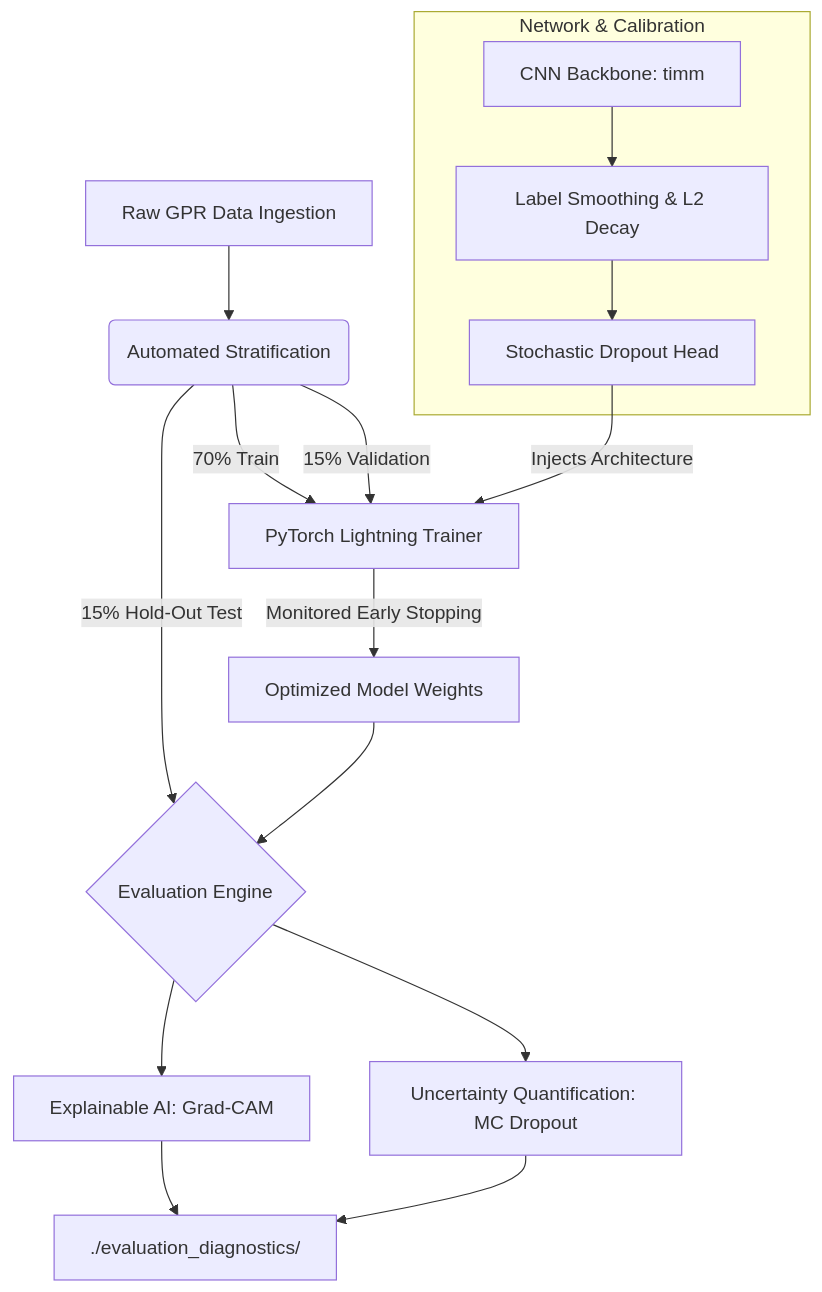
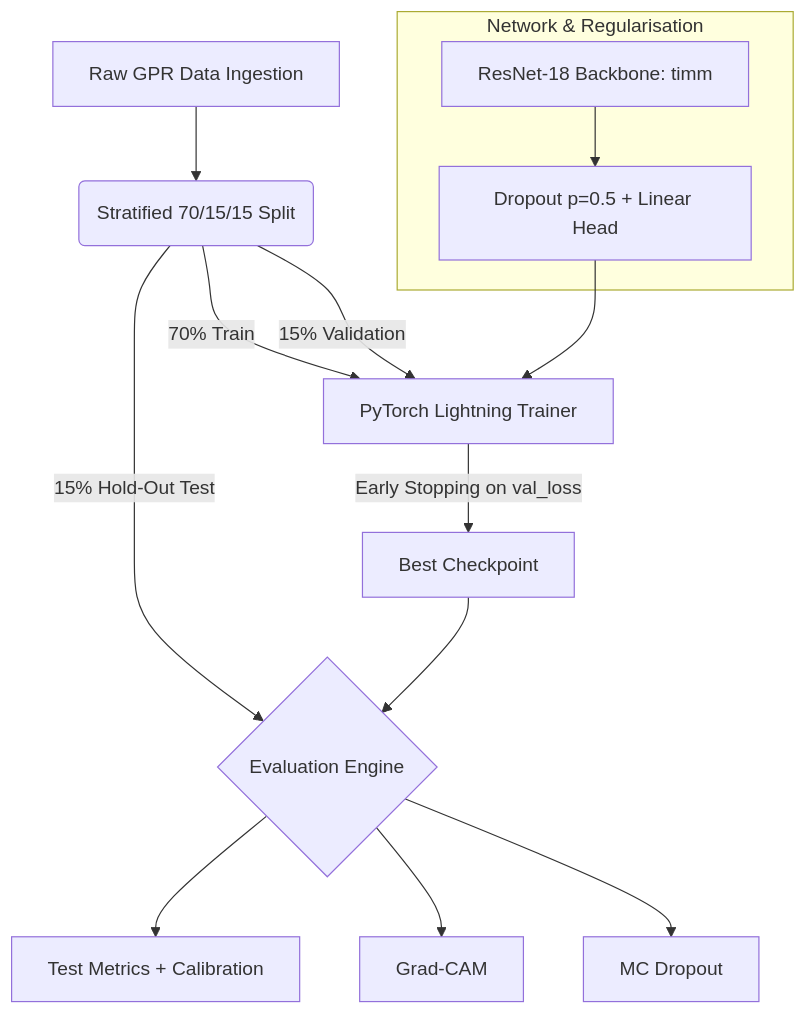
One commit to sameerhussai230/sameerhussai230-GPR-Leak-Detection-XAI changed the diagram in Readme.MD. Above: the diagram before and after it, drawn with Mermaid. The commit also changed other lines of this file, not shown here.

````diff
--- a/Readme.MD
+++ b/Readme.MD
@@ -23,23 +24,19 @@
 ```mermaid
 graph TD
-    A[Raw GPR Data Ingestion] --> B(Automated Stratification)
+    A[Raw GPR Data Ingestion] --> B(Stratified 70/15/15 Split)
     B -->|70% Train| C[PyTorch Lightning Trainer]
     B -->|15% Validation| C
     B -->|15% Hold-Out Test| G{Evaluation Engine}
-    
-    subgraph Calibration[Network & Calibration]
-        D[CNN Backbone: timm] --> E[Label Smoothing & L2 Decay]
-        E --> F[Stochastic Dropout Head]
+
+    subgraph Network[Network & Regularisation]
+        D[ResNet-18 Backbone: timm] --> F[Dropout p=0.5 + Linear Head]
     end
-    
-    F -->|Injects Architecture| C
-    
-    C -->|Monitored Early Stopping| H[Optimized Model Weights]
+
+    F --> C
+    C -->|Early Stopping on val_loss| H[Best Checkpoint]
     H --> G
-    
-    G --> I[Explainable AI: Grad-CAM]
-    G --> J[Uncertainty Quantification: MC Dropout]
-    
-    I --> K[./evaluation_diagnostics/]
-    J --> K
+
+    G --> M[Test Metrics + Calibration]
+    G --> I[Grad-CAM]
+    G --> J[MC Dropout]
 ```
````
